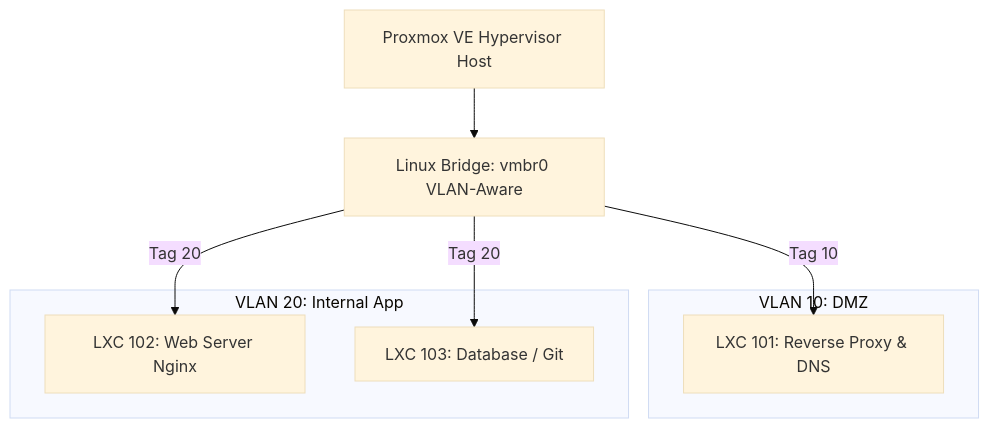
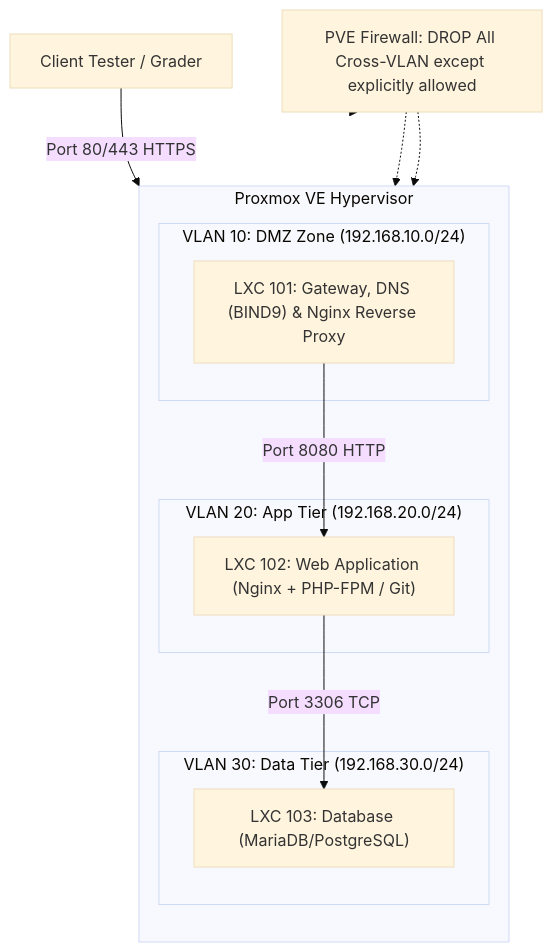
One commit to kycjojo/ITNSA changed the diagram in README.md. Above: the diagram before and after it, drawn with Mermaid (base theme). The commit also changed other lines of this file and 1 other file, not shown here.

````diff
--- a/README.md
+++ b/README.md
@@ -467,19 +309,25 @@
 ```mermaid
 flowchart TD
-    PVE[Proxmox VE Hypervisor Host]
-    VMBR[Linux Bridge: vmbr0 VLAN-Aware]
-    
-    subgraph VLAN10 ["VLAN 10: DMZ"]
-        LXC101["LXC 101: Reverse Proxy & DNS"]
+    subgraph PVE ["Proxmox VE Hypervisor"]
+        direction TB
+        subgraph VLAN10 ["VLAN 10: DMZ Zone (192.168.10.0/24)"]
+            CT1["LXC 101: Gateway, DNS (BIND9) & Nginx Reverse Proxy"]
+        end
+
+        subgraph VLAN20 ["VLAN 20: App Tier (192.168.20.0/24)"]
+            CT2["LXC 102: Web Application (Nginx + PHP-FPM / Git)"]
+        end
+
+        subgraph VLAN30 ["VLAN 30: Data Tier (192.168.30.0/24)"]
+            CT3["LXC 103: Database (MariaDB/PostgreSQL)"]
+        end
     end
 
-    subgraph VLAN20 ["VLAN 20: Internal App"]
-        LXC102["LXC 102: Web Server Nginx"]
-        LXC103["LXC 103: Database / Git"]
-    end
+    Client["Client Tester / Grader"] -->|Port 80/443 HTTPS| CT1
+    CT1 -->|Port 8080 HTTP| CT2
+    CT2 -->|Port 3306 TCP| CT3
 
-    PVE --> VMBR
-    VMBR -- Tag 10 --> LXC101
-    VMBR -- Tag 20 --> LXC102
-    VMBR -- Tag 20 --> LXC103
+    FirewallRule["PVE Firewall: DROP All Cross-VLAN except explicitly allowed"] -.-> VLAN10
+    FirewallRule -.-> VLAN20
+    FirewallRule -.-> VLAN30
 ```
````
